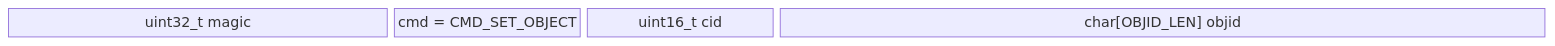
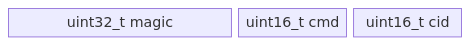
One commit to rawstor/librawstor changed the first of 15 diagrams in docs/protocol.md. Above: the diagram before and after it, drawn with Mermaid. The commit also changed other lines of this file and 2 other files, not shown here.

````diff
--- a/docs/protocol.md
+++ b/docs/protocol.md
@@ -27,5 +34,5 @@
 ```mermaid
 block-beta
   columns 8
-  0["uint32_t magic"]:2 a["cmd = CMD_SET_OBJECT"]:1 aa["uint16_t cid"]:1 b["char[OBJID_LEN] objid"]:4
+  magic["uint32_t magic"]:4 cmd["uint16_t cmd"]:2 cid["uint16_t cid"]:2
 ```
````
